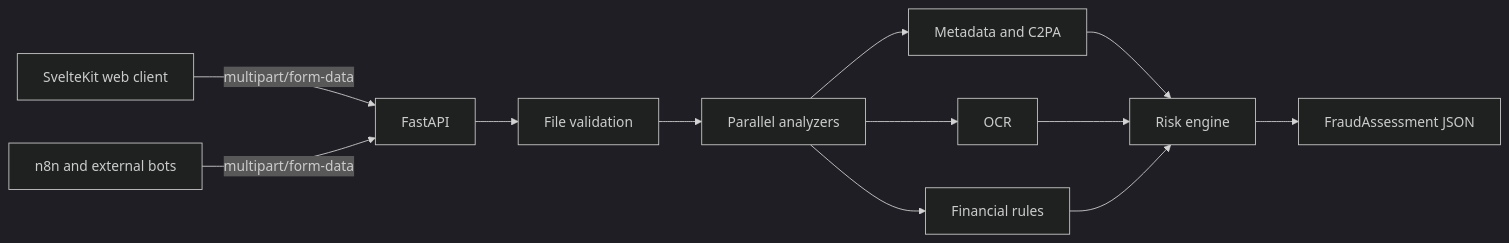
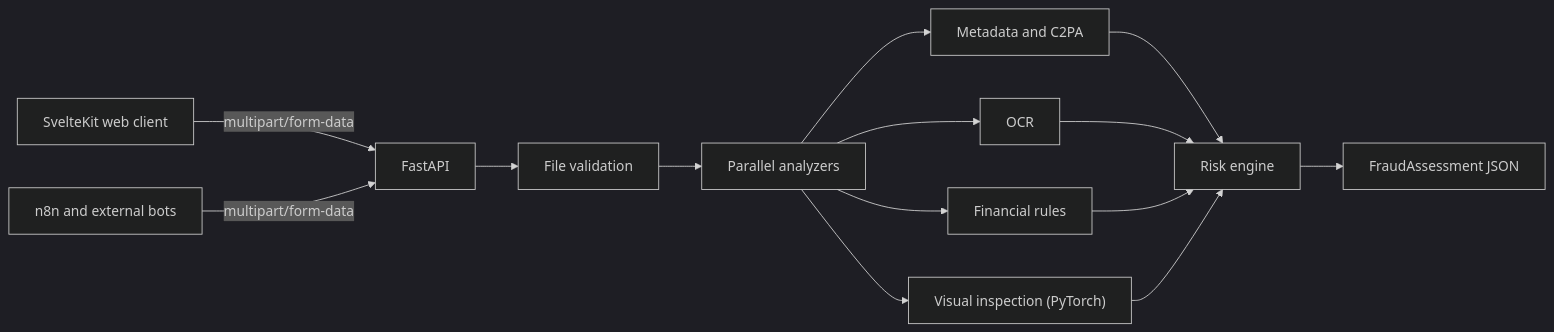
Before and after one commit to montesgp/receipt-risk-detector: the diagram in README.md, drawn with Mermaid (dark theme). The commit also changed other lines of this file and 55 other files, not shown here.

First line of the commit message:
feat(api): add PyTorch visual anomaly detection analyzer (#29)

````diff
--- a/README.md
+++ b/README.md
@@ -50,14 +51,16 @@
 ```mermaid
 flowchart LR
     A["SvelteKit web client"] -->|"multipart/form-data"| B["FastAPI"]
     H["n8n and external bots"] -->|"multipart/form-data"| B
     B --> C["File validation"]
     C --> D["Parallel analyzers"]
     D --> E["Metadata and C2PA"]
     D --> F["OCR"]
     D --> G["Financial rules"]
+    D --> K["Visual inspection (PyTorch)"]
     E --> I["Risk engine"]
     F --> I
     G --> I
+    K --> I
     I --> J["FraudAssessment JSON"]
 ```
````
